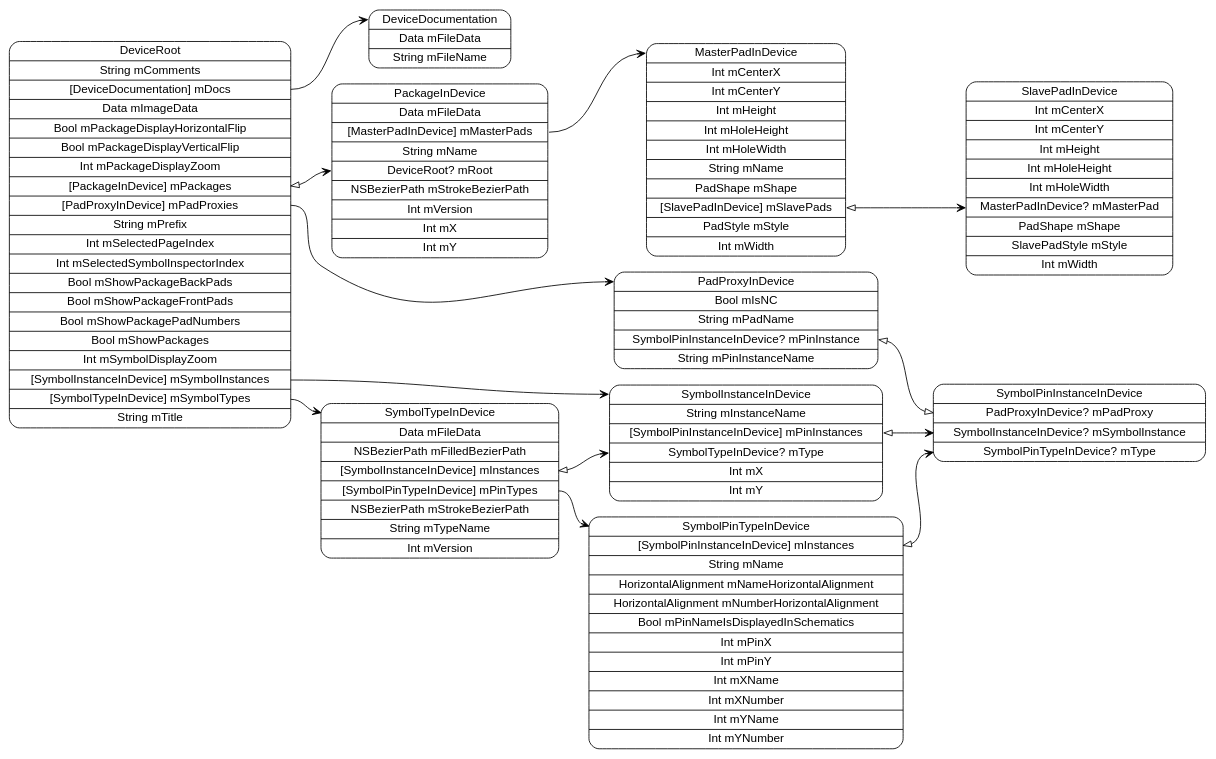
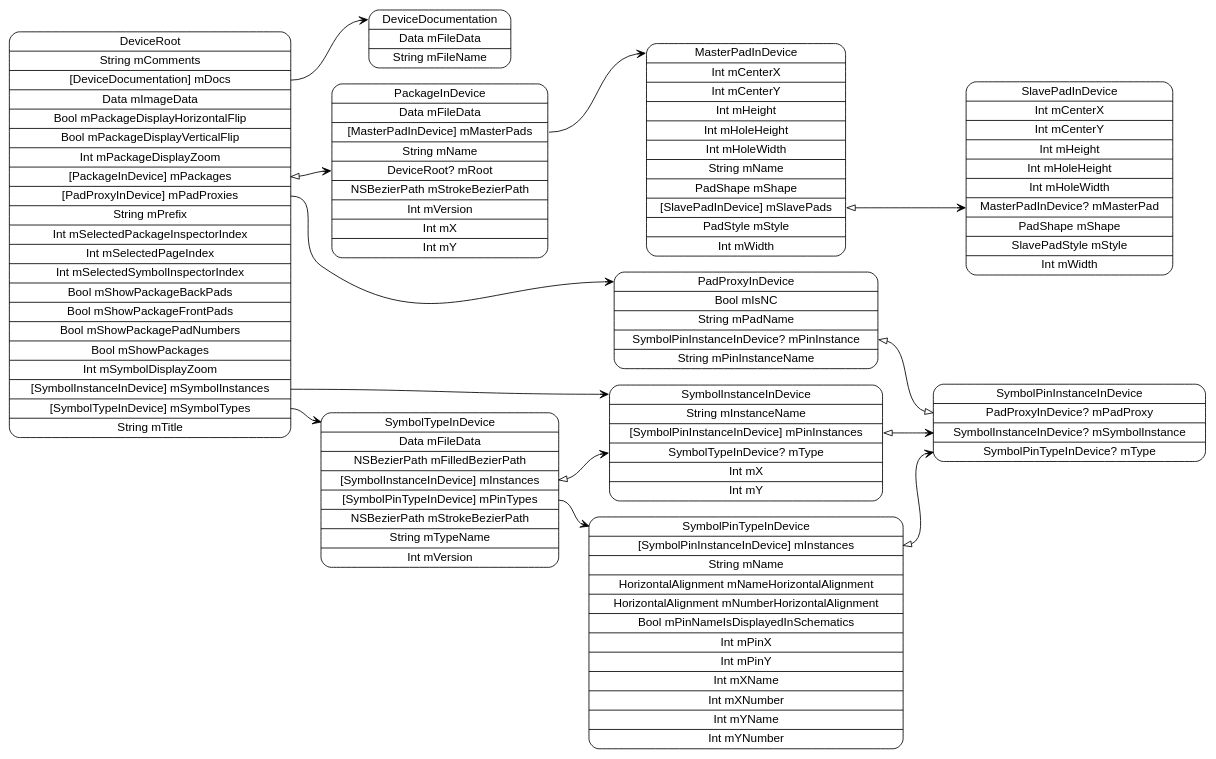
The diagram in models/DeviceRoot.dot (pierremolinaro/ElCanari-dev), drawn with Graphviz before and after one commit. The commit also changed 13 other files, not shown here.

```diff
--- a/models/DeviceRoot.dot
+++ b/models/DeviceRoot.dot
@@ -1,26 +1,26 @@
 digraph G {
   rankdir=LR ;
   node [shape=record fontname=helvetica style=rounded] ;
-  DeviceRoot[label="<DeviceRoot>DeviceRoot|String mComments|<mDocs>[DeviceDocumentation] mDocs|Data mImageData|Bool mPackageDisplayHorizontalFlip|Bool mPackageDisplayVerticalFlip|Int mPackageDisplayZoom|<mPackages>[PackageInDevice] mPackages|<mPadProxies>[PadProxyInDevice] mPadProxies|String mPrefix|Int mSelectedPageIndex|Int mSelectedSymbolInspectorIndex|Bool mShowPackageBackPads|Bool mShowPackageFrontPads|Bool mShowPackagePadNumbers|Bool mShowPackages|Int mSymbolDisplayZoom|<mSymbolInstances>[SymbolInstanceInDevice] mSymbolInstances|<mSymbolTypes>[SymbolTypeInDevice] mSymbolTypes|String mTitle"] ;
+  DeviceRoot[label="<DeviceRoot>DeviceRoot|String mComments|<mDocs>[DeviceDocumentation] mDocs|Data mImageData|Bool mPackageDisplayHorizontalFlip|Bool mPackageDisplayVerticalFlip|Int mPackageDisplayZoom|<mPackages>[PackageInDevice] mPackages|<mPadProxies>[PadProxyInDevice] mPadProxies|String mPrefix|Int mSelectedPackageInspectorIndex|Int mSelectedPageIndex|Int mSelectedSymbolInspectorIndex|Bool mShowPackageBackPads|Bool mShowPackageFrontPads|Bool mShowPackagePadNumbers|Bool mShowPackages|Int mSymbolDisplayZoom|<mSymbolInstances>[SymbolInstanceInDevice] mSymbolInstances|<mSymbolTypes>[SymbolTypeInDevice] mSymbolTypes|String mTitle"] ;
   SymbolTypeInDevice[label="<SymbolTypeInDevice>SymbolTypeInDevice|Data mFileData|NSBezierPath mFilledBezierPath|<mInstances>[SymbolInstanceInDevice] mInstances|<mPinTypes>[SymbolPinTypeInDevice] mPinTypes|NSBezierPath mStrokeBezierPath|String mTypeName|Int mVersion"] ;
   SymbolPinTypeInDevice[label="<SymbolPinTypeInDevice>SymbolPinTypeInDevice|<mInstances>[SymbolPinInstanceInDevice] mInstances|String mName|HorizontalAlignment mNameHorizontalAlignment|HorizontalAlignment mNumberHorizontalAlignment|Bool mPinNameIsDisplayedInSchematics|Int mPinX|Int mPinY|Int mXName|Int mXNumber|Int mYName|Int mYNumber"] ;
   SymbolPinInstanceInDevice[label="<SymbolPinInstanceInDevice>SymbolPinInstanceInDevice|<mPadProxy>PadProxyInDevice? mPadProxy|<mSymbolInstance>SymbolInstanceInDevice? mSymbolInstance|<mType>SymbolPinTypeInDevice? mType"] ;
   SymbolInstanceInDevice[label="<SymbolInstanceInDevice>SymbolInstanceInDevice|String mInstanceName|<mPinInstances>[SymbolPinInstanceInDevice] mPinInstances|<mType>SymbolTypeInDevice? mType|Int mX|Int mY"] ;
   PadProxyInDevice[label="<PadProxyInDevice>PadProxyInDevice|Bool mIsNC|String mPadName|<mPinInstance>SymbolPinInstanceInDevice? mPinInstance|String mPinInstanceName"] ;
   PackageInDevice[label="<PackageInDevice>PackageInDevice|Data mFileData|<mMasterPads>[MasterPadInDevice] mMasterPads|String mName|<mRoot>DeviceRoot? mRoot|NSBezierPath mStrokeBezierPath|Int mVersion|Int mX|Int mY"] ;
   MasterPadInDevice[label="<MasterPadInDevice>MasterPadInDevice|Int mCenterX|Int mCenterY|Int mHeight|Int mHoleHeight|Int mHoleWidth|String mName|PadShape mShape|<mSlavePads>[SlavePadInDevice] mSlavePads|PadStyle mStyle|Int mWidth"] ;
   SlavePadInDevice[label="<SlavePadInDevice>SlavePadInDevice|Int mCenterX|Int mCenterY|Int mHeight|Int mHoleHeight|Int mHoleWidth|<mMasterPad>MasterPadInDevice? mMasterPad|PadShape mShape|SlavePadStyle mStyle|Int mWidth"] ;
   DeviceDocumentation[label="<DeviceDocumentation>DeviceDocumentation|Data mFileData|String mFileName"] ;
   DeviceRoot:mDocs -> DeviceDocumentation:DeviceDocumentation [dir=both arrowtail=none arrowhead=vee] ;
   DeviceRoot:mPackages -> PackageInDevice:mRoot [dir=both arrowtail=onormal arrowhead=vee] ;
   DeviceRoot:mPadProxies -> PadProxyInDevice:PadProxyInDevice [dir=both arrowtail=none arrowhead=vee] ;
   DeviceRoot:mSymbolInstances -> SymbolInstanceInDevice:SymbolInstanceInDevice [dir=both arrowtail=none arrowhead=vee] ;
   DeviceRoot:mSymbolTypes -> SymbolTypeInDevice:SymbolTypeInDevice [dir=both arrowtail=none arrowhead=vee] ;
   SymbolTypeInDevice:mInstances -> SymbolInstanceInDevice:mType [dir=both arrowtail=onormal arrowhead=vee] ;
   SymbolTypeInDevice:mPinTypes -> SymbolPinTypeInDevice:SymbolPinTypeInDevice [dir=both arrowtail=none arrowhead=vee] ;
   SymbolPinTypeInDevice:mInstances -> SymbolPinInstanceInDevice:mType [dir=both arrowtail=onormal arrowhead=vee] ;
   SymbolInstanceInDevice:mPinInstances -> SymbolPinInstanceInDevice:mSymbolInstance [dir=both arrowtail=onormal arrowhead=vee] ;
   PadProxyInDevice:mPinInstance -> SymbolPinInstanceInDevice:mPadProxy [dir=both arrowtail=onormal arrowhead=onormal] ;
   PackageInDevice:mMasterPads -> MasterPadInDevice:MasterPadInDevice [dir=both arrowtail=none arrowhead=vee] ;
   MasterPadInDevice:mSlavePads -> SlavePadInDevice:mMasterPad [dir=both arrowtail=onormal arrowhead=vee] ;
 }
```
